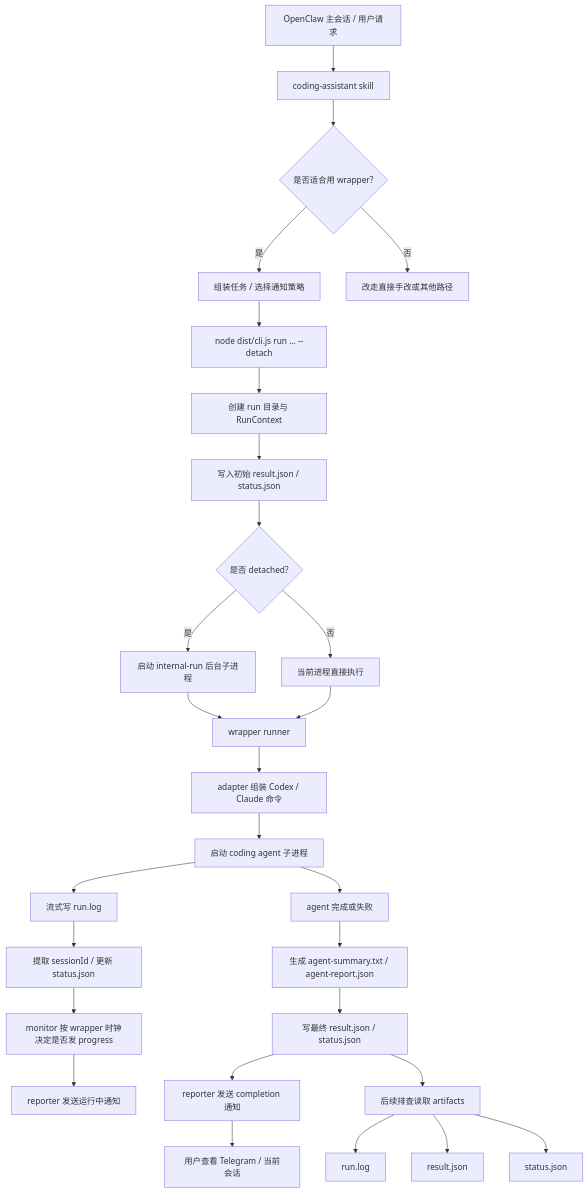
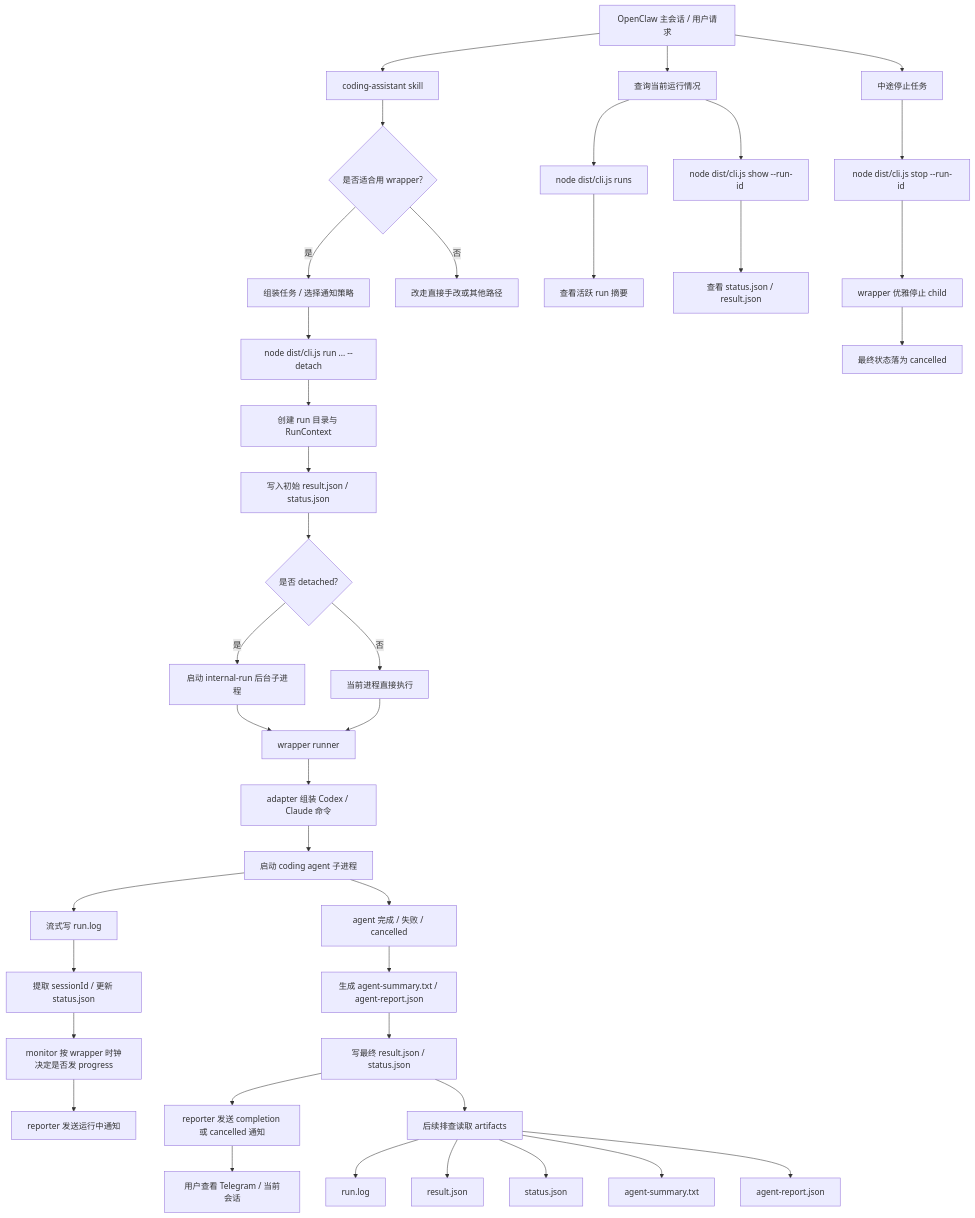
One commit to liunice/coding-agent-wrapper changed the diagram in README.md. Above: the diagram before and after it, drawn with Mermaid. The commit also changed other lines of this file and 2 other files, not shown here.

Commit message:
docs: align wrapper and skill documentation

````diff
--- a/README.md
+++ b/README.md
@@ -27,35 +27,48 @@
 ```mermaid
 flowchart TD
     A[OpenClaw 主会话 / 用户请求] --> B[coding-assistant skill]
     B --> C{是否适合用 wrapper?}
     C -->|是| D[组装任务 / 选择通知策略]
     C -->|否| Z[改走直接手改或其他路径]
 
     D --> E[node dist/cli.js run ... --detach]
     E --> F[创建 run 目录与 RunContext]
     F --> G[写入初始 result.json / status.json]
     G --> H{是否 detached?}
     H -->|是| I[启动 internal-run 后台子进程]
     H -->|否| J[当前进程直接执行]
 
     I --> K[wrapper runner]
     J --> K[wrapper runner]
 
     K --> L[adapter 组装 Codex / Claude 命令]
     L --> M[启动 coding agent 子进程]
     M --> N[流式写 run.log]
     N --> O[提取 sessionId / 更新 status.json]
     O --> P[monitor 按 wrapper 时钟决定是否发 progress]
     P --> Q[reporter 发送运行中通知]
 
-    M --> R[agent 完成或失败]
+    M --> R[agent 完成 / 失败 / cancelled]
     R --> S[生成 agent-summary.txt / agent-report.json]
     S --> T[写最终 result.json / status.json]
-    T --> U[reporter 发送 completion 通知]
+    T --> U[reporter 发送 completion 或 cancelled 通知]
     U --> V[用户查看 Telegram / 当前会话]
+
+    A --> X[查询当前运行情况]
+    X --> X1[node dist/cli.js runs]
+    X --> X2[node dist/cli.js show --run-id <id>]
+    X1 --> X3[查看活跃 run 摘要]
+    X2 --> X4[查看 status.json / result.json]
+
+    A --> Y[中途停止任务]
+    Y --> Y1[node dist/cli.js stop --run-id <id>]
+    Y1 --> Y2[wrapper 优雅停止 child]
+    Y2 --> Y3[最终状态落为 cancelled]
 
     T --> W[后续排查读取 artifacts]
     W --> W1[run.log]
     W --> W2[result.json]
     W --> W3[status.json]
+    W --> W4[agent-summary.txt]
+    W --> W5[agent-report.json]
 ```
````
